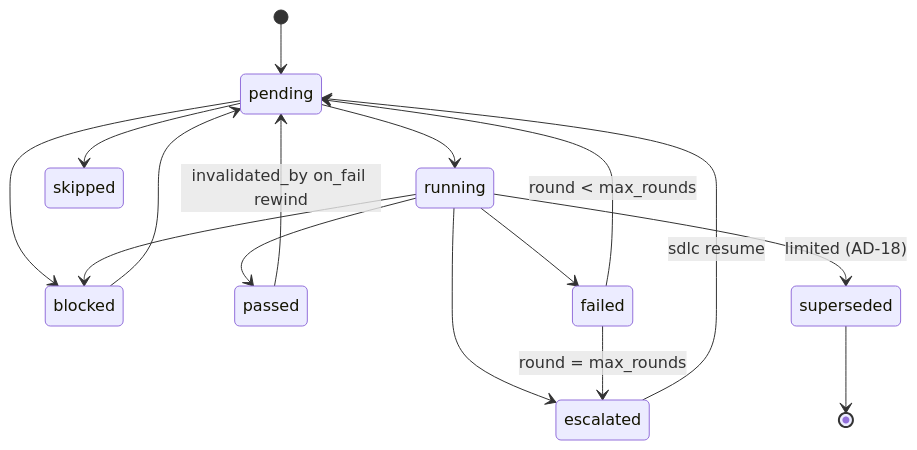
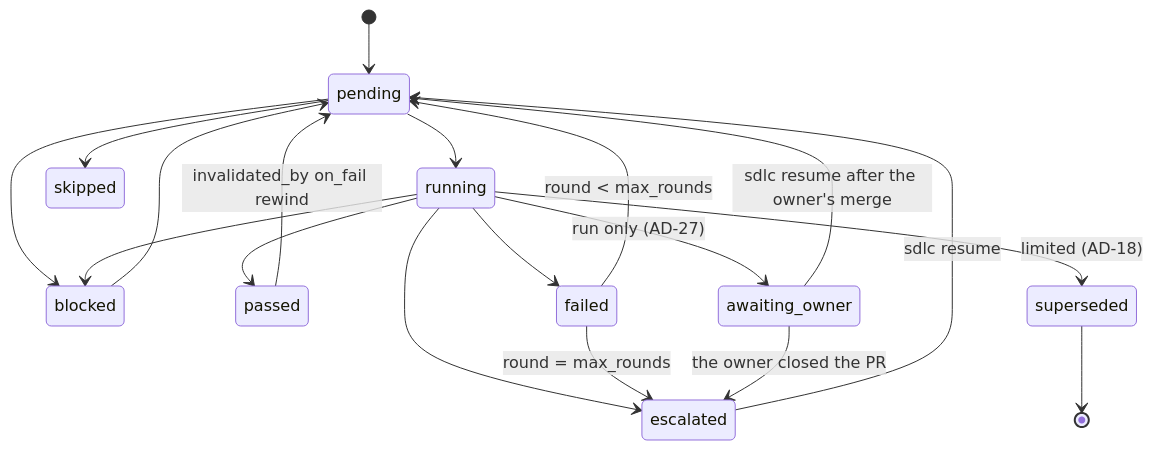
The second of 4 diagrams in _bmad-output/planning-artifacts/architecture/architecture-orchestrator-2026-11-16/ARCHITECTURE-SPINE.md (fsd-multiagent/price-checker), drawn with Mermaid before and after one commit. The commit also changed other lines of this file and 43 other files, not shown here.

````diff
--- a/_bmad-output/planning-artifacts/architecture/architecture-orchestrator-2026-11-16/ARCHITECTURE-SPINE.md
+++ b/_bmad-output/planning-artifacts/architecture/architecture-orchestrator-2026-11-16/ARCHITECTURE-SPINE.md
@@ -105,18 +105,21 @@
 ```mermaid
 stateDiagram-v2
   [*] --> pending
   pending --> running
   pending --> blocked
   pending --> skipped
   blocked --> pending
   running --> passed
   running --> failed
   running --> blocked
   running --> escalated
   running --> superseded: limited (AD-18)
   superseded --> [*]
   passed --> pending: invalidated_by on_fail rewind
   failed --> pending: round < max_rounds
   failed --> escalated: round = max_rounds
   escalated --> pending: sdlc resume
+  running --> awaiting_owner: run only (AD-27)
+  awaiting_owner --> pending: sdlc resume after the owner's merge
+  awaiting_owner --> escalated: the owner closed the PR
 ```
````
